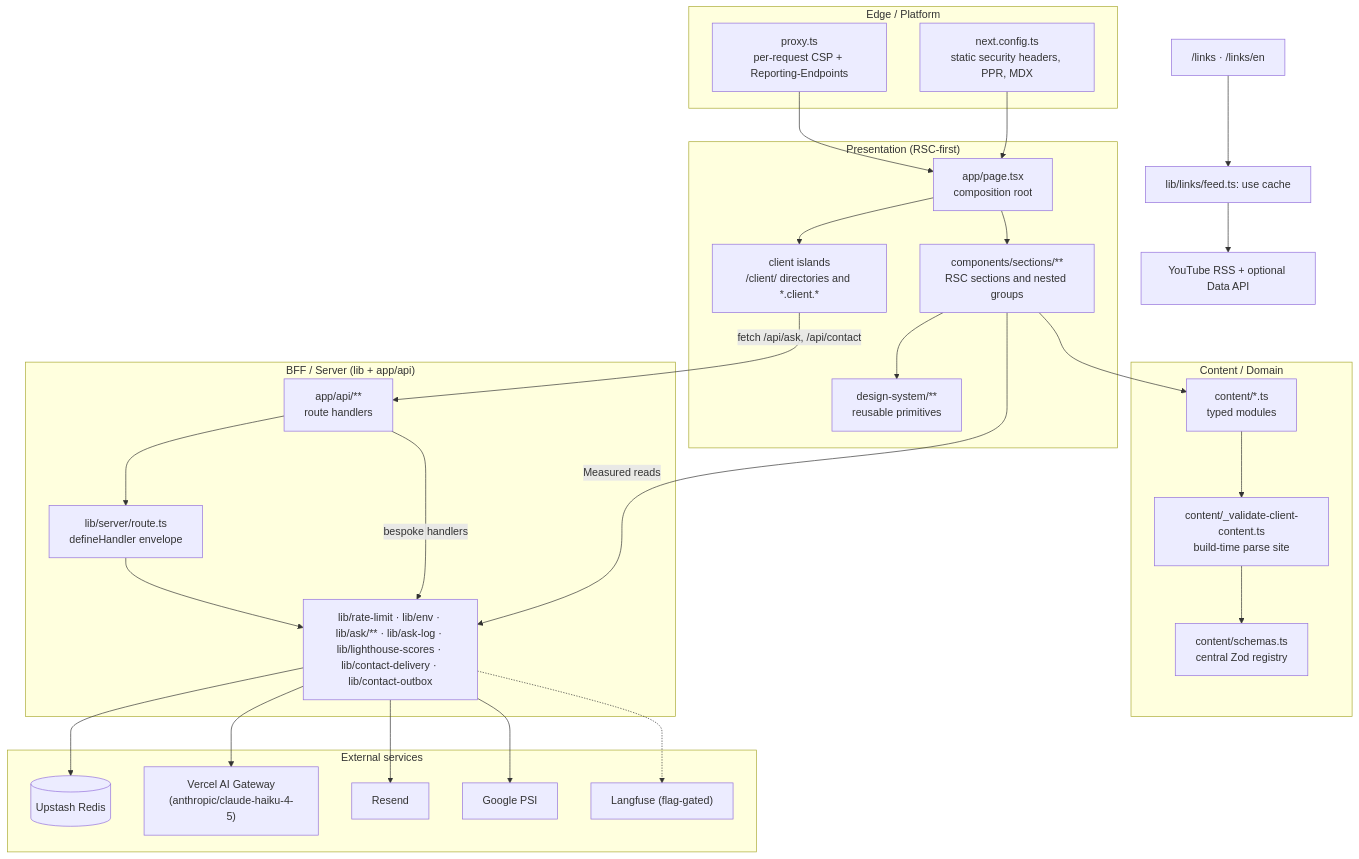
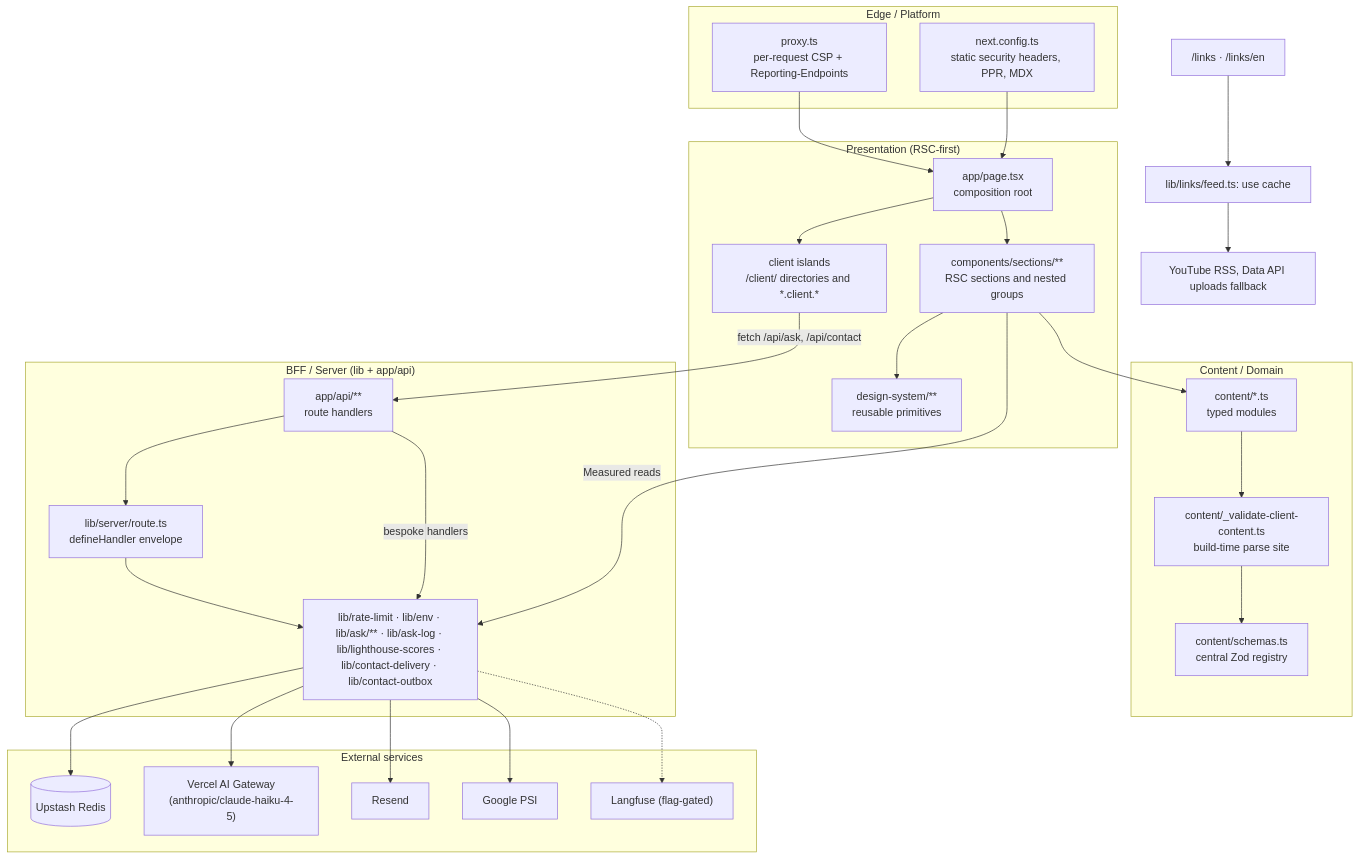
Before and after one commit to erikunha/portfolio: the first of 3 diagrams in docs/01-architecture.md, drawn with Mermaid. The commit also changed 6 other files, not shown here.

First line of the commit message:
fix(links): read the uploads playlist through the Data API when the RSS feed fails

````diff
--- a/docs/01-architecture.md
+++ b/docs/01-architecture.md
@@ -15,47 +15,47 @@
 ```mermaid
 flowchart TB
     subgraph edge["Edge / Platform"]
         proxy["proxy.ts<br/>per-request CSP + Reporting-Endpoints"]
         cfg["next.config.ts<br/>static security headers, PPR, MDX"]
     end
     subgraph present["Presentation (RSC-first)"]
         page["app/page.tsx<br/>composition root"]
         sections["components/sections/**<br/>RSC sections and nested groups"]
         islands["client islands<br/>/client/ directories and *.client.*"]
         ds["design-system/**<br/>reusable primitives"]
     end
     subgraph content["Content / Domain"]
         cmods["content/*.ts<br/>typed modules"]
         schemas["content/schemas.ts<br/>central Zod registry"]
         gate["content/_validate-client-content.ts<br/>build-time parse site"]
     end
     subgraph bff["BFF / Server (lib + app/api)"]
         api["app/api/**<br/>route handlers"]
         handler["lib/server/route.ts<br/>defineHandler envelope"]
         libcore["lib/rate-limit · lib/env · lib/ask/** · lib/ask-log · lib/lighthouse-scores · lib/contact-delivery · lib/contact-outbox"]
     end
     subgraph ext["External services"]
         redis[("Upstash Redis")]
         gw["Vercel AI Gateway<br/>(anthropic/claude-haiku-4-5)"]
         resend["Resend"]
         psi["Google PSI"]
         lf["Langfuse (flag-gated)"]
     end
 
     proxy --> page
     cfg --> page
     page --> sections --> ds
     page --> islands
     sections --> cmods --> gate --> schemas
     islands -->|fetch /api/ask, /api/contact| api
     api --> handler --> libcore
     api -->|bespoke handlers| libcore
     sections -->|Measured reads| libcore
     links["/links · /links/en"] --> feed["lib/links/feed.ts: use cache"]
-    feed --> yt["YouTube RSS + optional Data API"]
+    feed --> yt["YouTube RSS, Data API uploads fallback"]
     libcore --> redis
     libcore --> gw
     libcore --> resend
     libcore --> psi
     libcore -.-> lf
 ```
````
